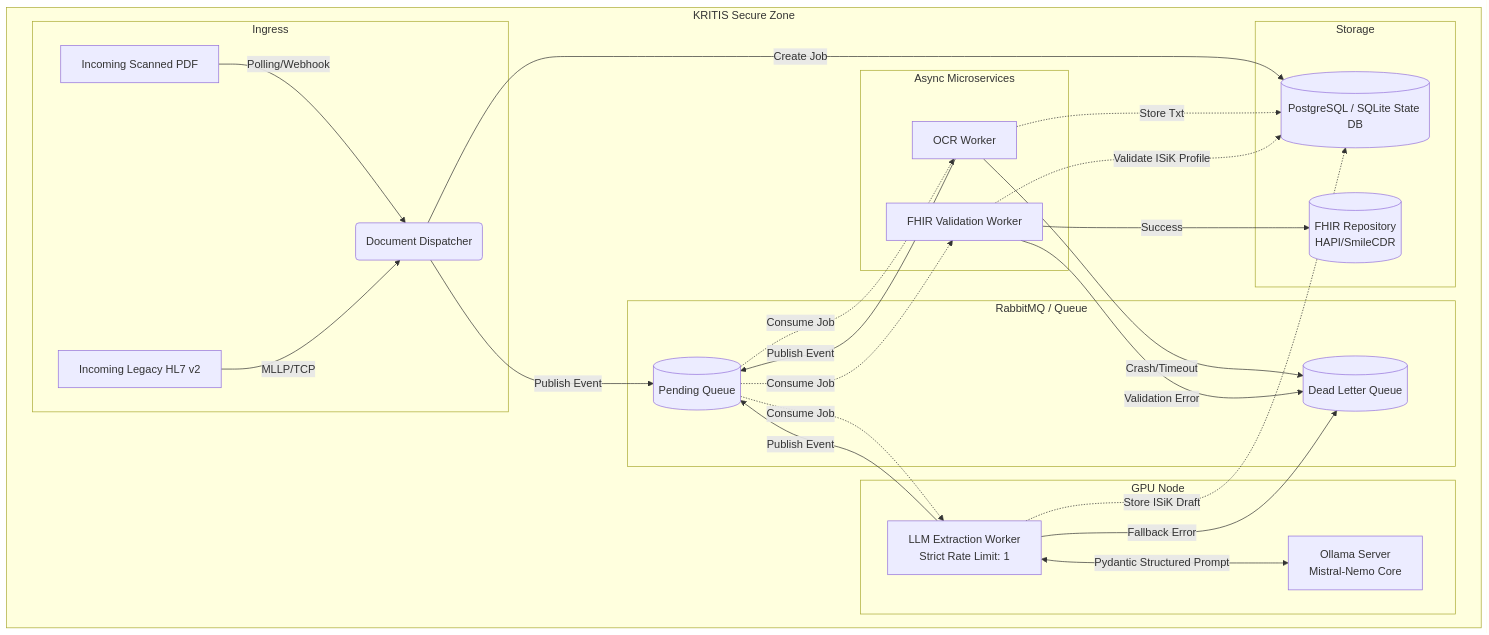
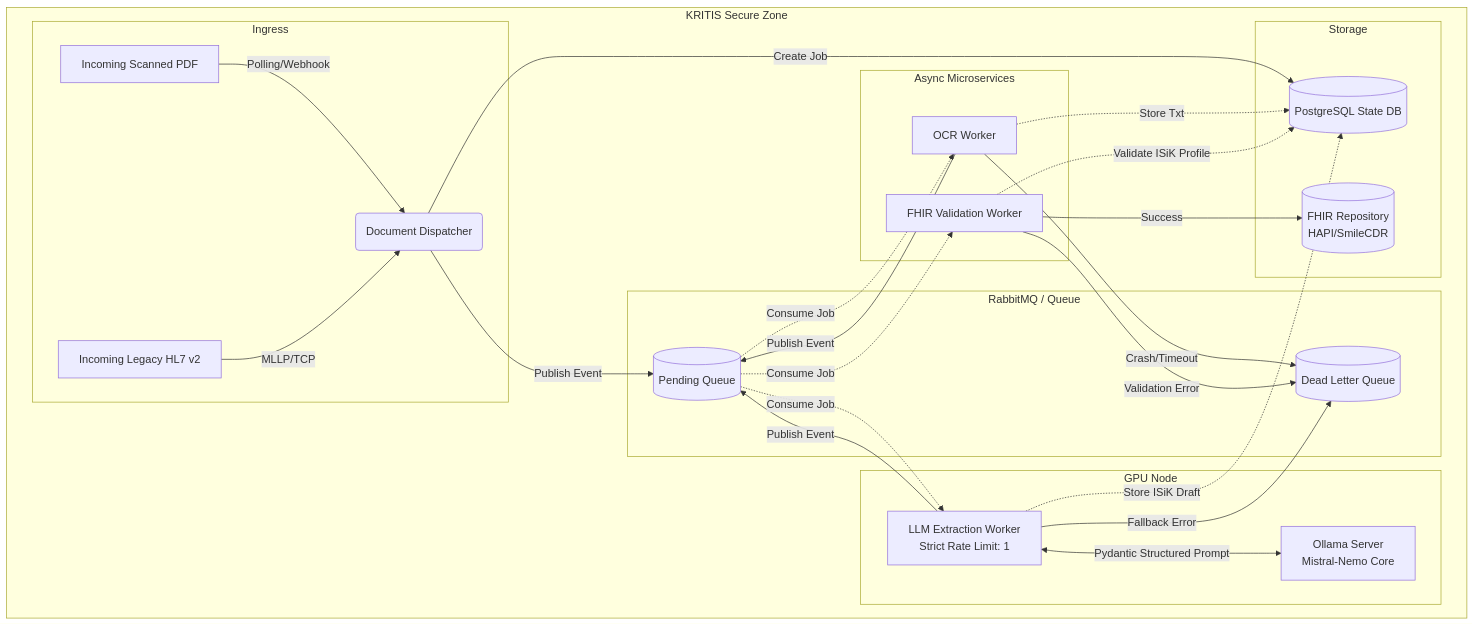
The diagram in knowledge/fhirbridge_architecture.md (wocha/FhirBridgeAI), drawn with Mermaid before and after one commit. The commit also changed 14 other files, not shown here.

````diff
--- a/knowledge/fhirbridge_architecture.md
+++ b/knowledge/fhirbridge_architecture.md
@@ -9,53 +9,53 @@
 ```mermaid
 flowchart TD
     %% Define security boundaries
     subgraph Hospital Intranet [KRITIS Secure Zone]
         subgraph Ingress
             A1[Incoming Scanned PDF] -->|Polling/Webhook| B(Document Dispatcher)
             A2[Incoming Legacy HL7 v2] -->|MLLP/TCP| B
         end
 
         subgraph Message Broker [RabbitMQ / Queue]
             Q1[(Pending Queue)]
             Q_DLQ[(Dead Letter Queue)]
         end
 
         subgraph Workers [Async Microservices]
             W1[OCR Worker]
             W2[FHIR Validation Worker]
         end
 
         subgraph AI Layer [GPU Node]
             Ollama[Ollama Server<br>Mistral-Nemo Core]
             LLM_Worker[LLM Extraction Worker<br>Strict Rate Limit: 1]
         end
 
         subgraph Storage
-            DB[(PostgreSQL / SQLite State DB)]
+    DB[(PostgreSQL State DB)]
             FHIR_Store[(FHIR Repository<br>HAPI/SmileCDR)]
         end
     end
 
     %% Flow logic
     B -->|Create Job| DB
     B -->|Publish Event| Q1
 
     %% Worker fetches
     Q1 -.->|Consume Job| W1
     W1 -.->|Store Txt| DB
     W1 -->|Publish Event| Q1
 
     Q1 -.->|Consume Job| LLM_Worker
     LLM_Worker <-->|Pydantic Structured Prompt| Ollama
     LLM_Worker -.->|Store ISiK Draft| DB
     LLM_Worker -->|Publish Event| Q1
 
     Q1 -.->|Consume Job| W2
     W2 -.->|Validate ISiK Profile| DB
     W2 -->|Success| FHIR_Store
     
     %% Error handling
     W1 -- Crash/Timeout --> Q_DLQ
     LLM_Worker -- Fallback Error --> Q_DLQ
     W2 -- Validation Error --> Q_DLQ
 ```
````
